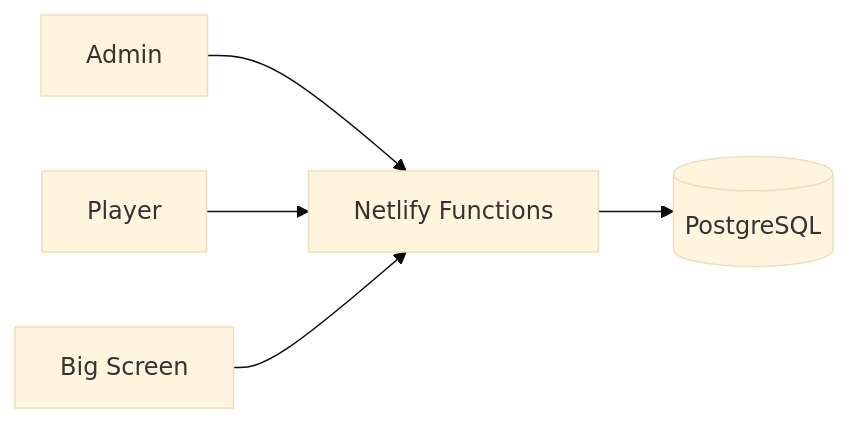
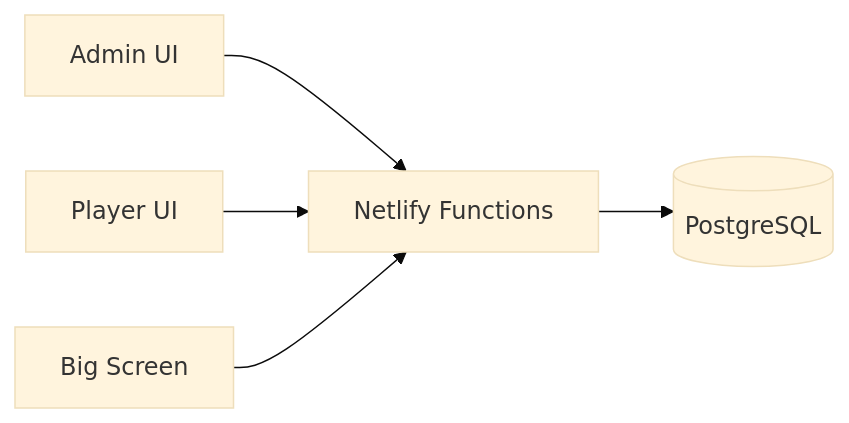
One commit to DaanHeijnen/Market-Mayhem changed the first of 4 diagrams in docs/ARCHITECTURE.md. Above: the diagram before and after it, drawn with Mermaid (base theme). The commit also changed other lines of this file and 8582 other files, not shown here.

````diff
--- a/docs/ARCHITECTURE.md
+++ b/docs/ARCHITECTURE.md
@@ -7,7 +7,7 @@
 ```mermaid
 flowchart LR
-  A[Admin] --> F[Netlify Functions]
-  P[Player] --> F
+  A[Admin UI] --> F[Netlify Functions]
+  P[Player UI] --> F
   S[Big Screen] --> F
   F --> D[(PostgreSQL)]
 ```
````
